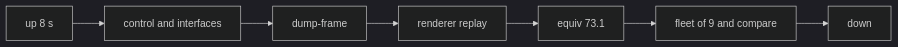
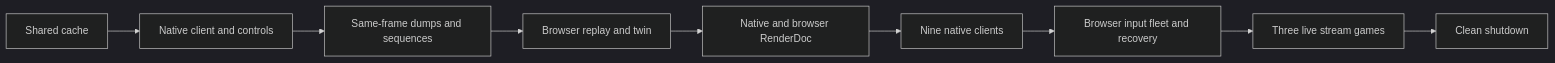
Before and after one commit to Dev-Maker-Studio/Open-Runescape: the fourth of 4 diagrams in src/HARNESS.md, drawn with Mermaid (dark theme). The commit also changed other lines of this file and 1740 other files, not shown here.

````diff
--- a/src/HARNESS.md
+++ b/src/HARNESS.md
@@ -224,9 +251,11 @@
 ```mermaid
 flowchart LR
-  A[up 8 s] --> B[control and interfaces]
-  B --> C[dump-frame]
-  C --> D[renderer replay]
-  D --> E[equiv 73.1]
-  E --> F[fleet of 9 and compare]
-  F --> G[down]
+  A[Shared cache] --> B[Native client and controls]
+  B --> C[Same-frame dumps and sequences]
+  C --> D[Browser replay and twin]
+  D --> E[Native and browser RenderDoc]
+  E --> F[Nine native clients]
+  F --> G[Browser input fleet and recovery]
+  G --> H[Three live stream games]
+  H --> I[Clean shutdown]
 ```
````
